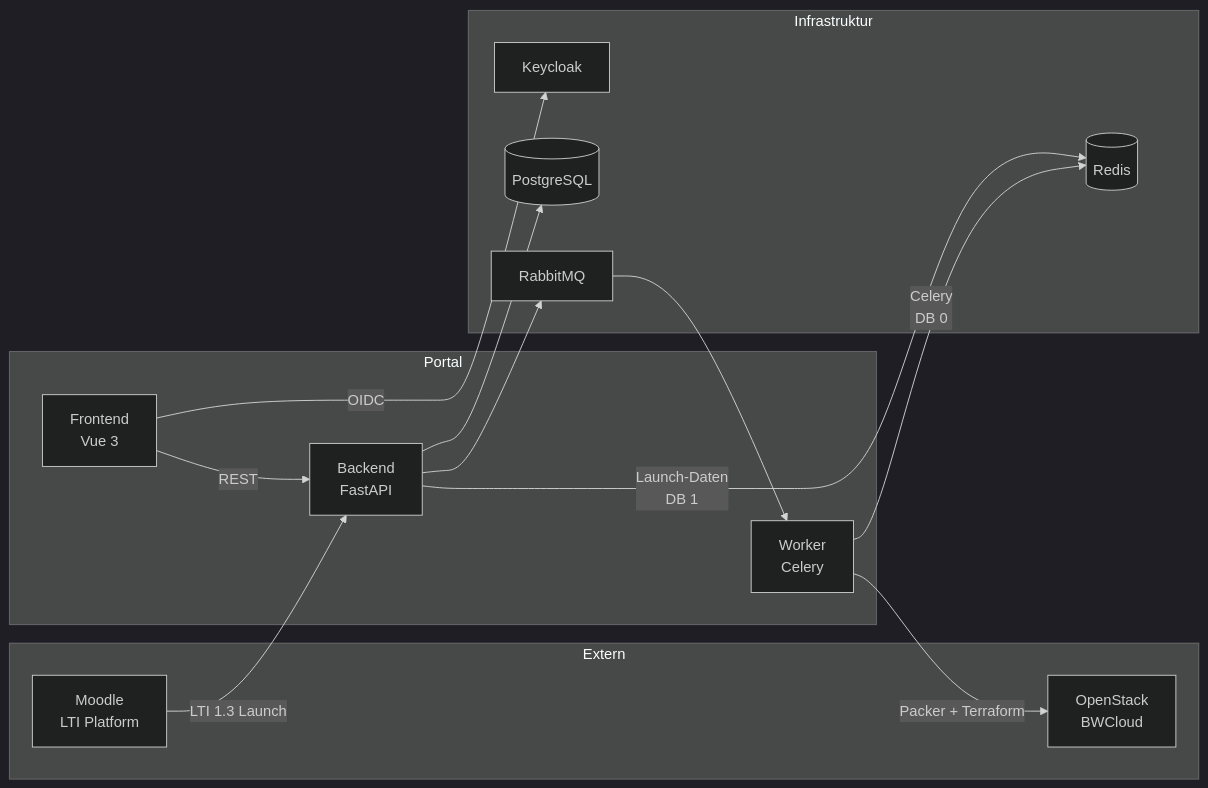
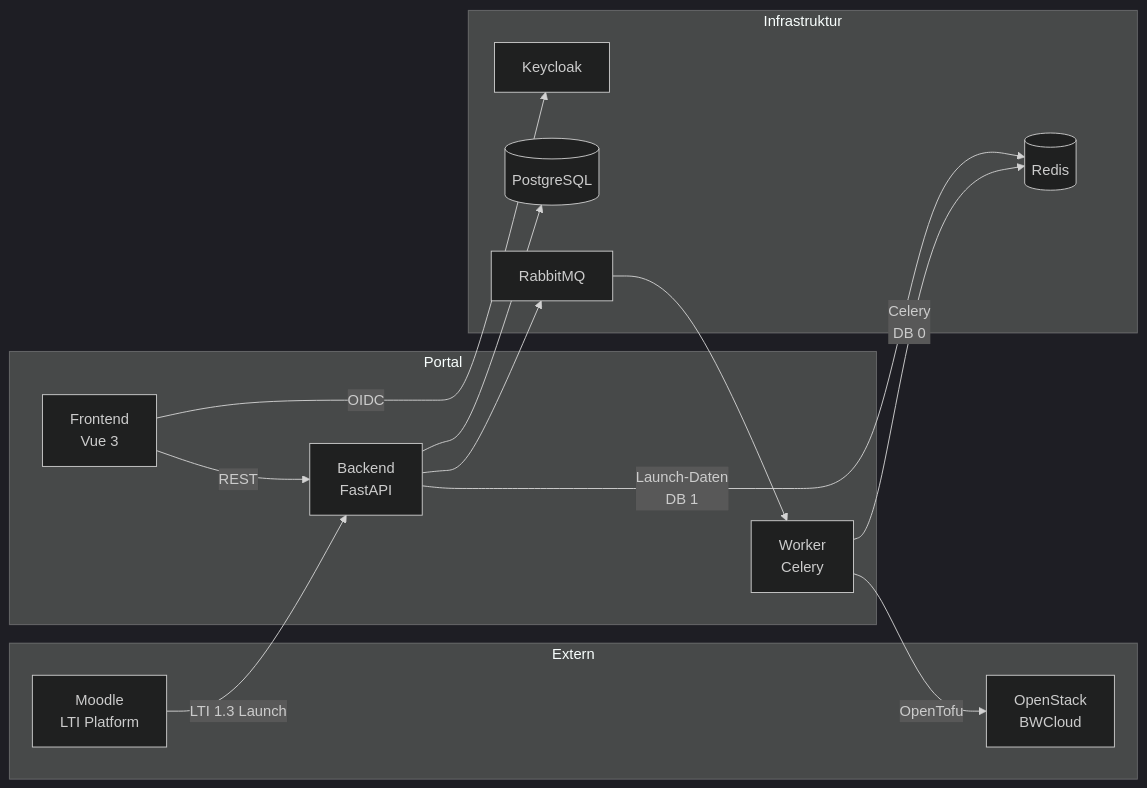
One commit to Six7-app-store/deployment changed the first of 3 diagrams in docs/architektur.md. Above: the diagram before and after it, drawn with Mermaid (dark theme). The commit also changed other lines of this file and 45 other files, not shown here.

First line of the commit message:
Move staging infrastructure to OpenTofu and record ADR 0010

````diff
--- a/docs/architektur.md
+++ b/docs/architektur.md
@@ -13,26 +13,26 @@
 ```mermaid
 flowchart LR
   subgraph Extern
     M[Moodle<br/>LTI Platform]
     OS[OpenStack<br/>BWCloud]
   end
   subgraph Portal
     F[Frontend<br/>Vue 3]
     B[Backend<br/>FastAPI]
     W[Worker<br/>Celery]
   end
   subgraph Infrastruktur
     K[Keycloak]
     P[(PostgreSQL)]
     R[(Redis)]
     Q[RabbitMQ]
   end
   M -->|LTI 1.3 Launch| B
   F -->|REST| B
   F -->|OIDC| K
   B --> P
   B -->|Launch-Daten<br/>DB 1| R
   B --> Q --> W
   W -->|Celery<br/>DB 0| R
-  W -->|Packer + Terraform| OS
+  W -->|OpenTofu| OS
 ```
````
